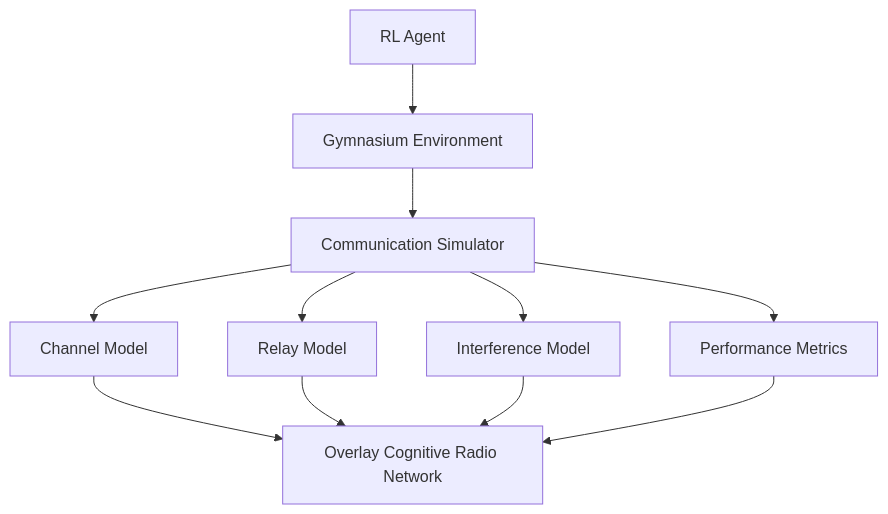
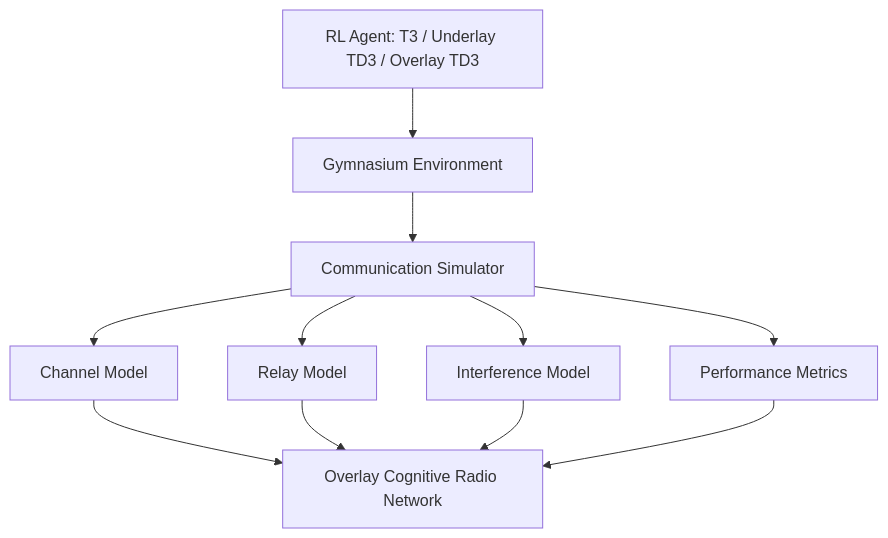
The first of 3 diagrams in README.md (Ryan-gomezzz/crn_overlay-), drawn with Mermaid before and after one commit. The commit also changed other lines of this file and 38 other files, not shown here.

````diff
--- a/README.md
+++ b/README.md
@@ -46,32 +48,32 @@
 ```mermaid
 flowchart TD
 
-A[RL Agent]
+A[RL Agent: T3 / Underlay TD3 / Overlay TD3]
 
 B[Gymnasium Environment]
 
 C[Communication Simulator]
 
 D[Channel Model]
 
 E[Relay Model]
 
 F[Interference Model]
 
 G[Performance Metrics]
 
 H[Overlay Cognitive Radio Network]
 
 A --> B
 B --> C
 
 C --> D
 C --> E
 C --> F
 C --> G
 
 D --> H
 E --> H
 F --> H
 G --> H
 ```
````
